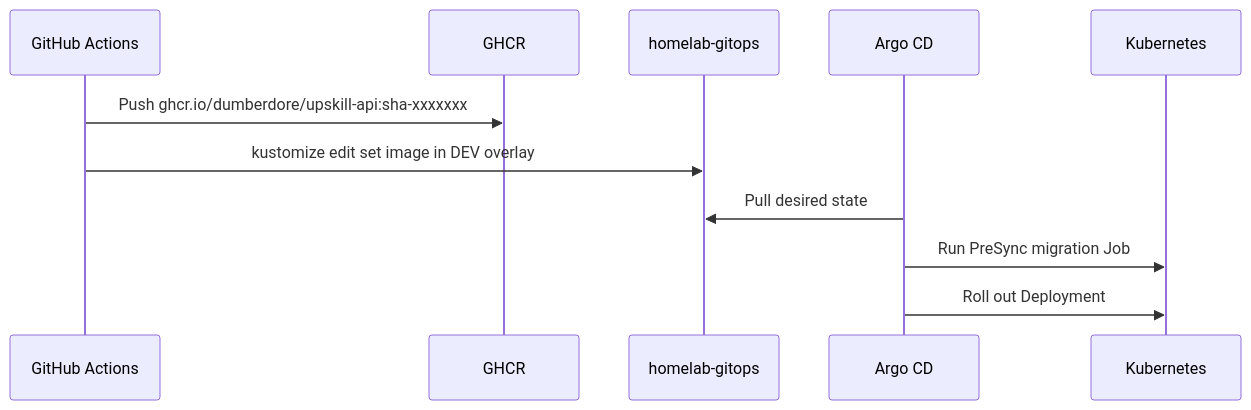
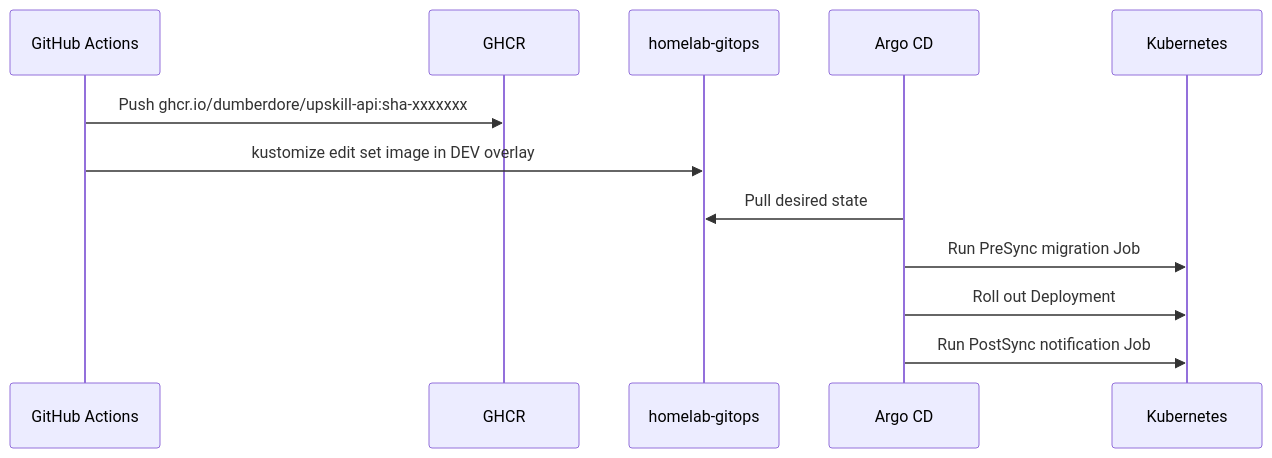
Before and after one commit to Dumberdore/homelab-gitops: the diagram in docs/deployment.md, drawn with Mermaid. The commit also changed other lines of this file and 3 other files, not shown here.

````diff
--- a/docs/deployment.md
+++ b/docs/deployment.md
@@ -7,14 +7,15 @@
 ```mermaid
 sequenceDiagram
   participant CI as GitHub Actions
   participant GHCR as GHCR
   participant GitOps as homelab-gitops
   participant Argo as Argo CD
   participant K8s as Kubernetes
 
   CI->>GHCR: Push ghcr.io/dumberdore/upskill-api:sha-xxxxxxx
   CI->>GitOps: kustomize edit set image in DEV overlay
   Argo->>GitOps: Pull desired state
   Argo->>K8s: Run PreSync migration Job
   Argo->>K8s: Roll out Deployment
+  Argo->>K8s: Run PostSync notification Job
 ```
````
